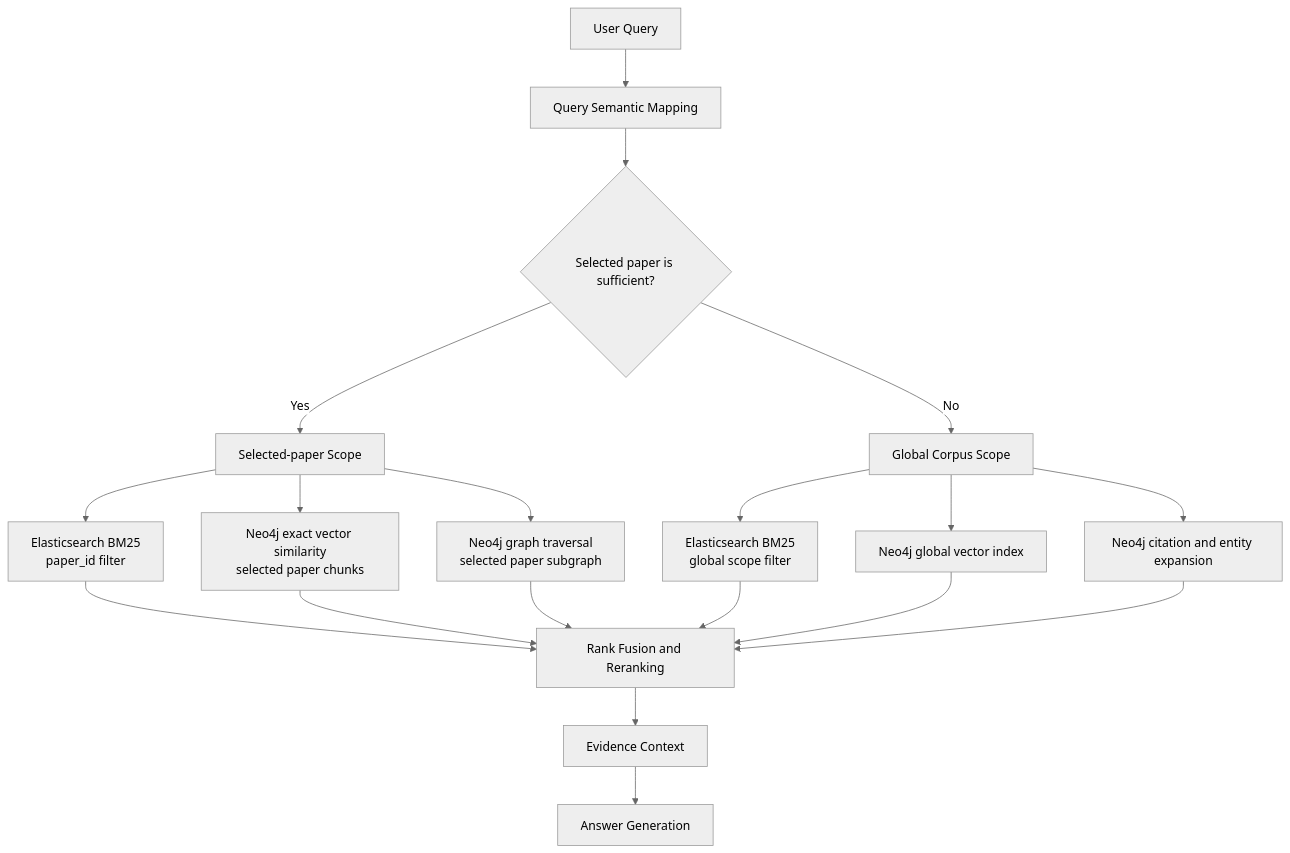
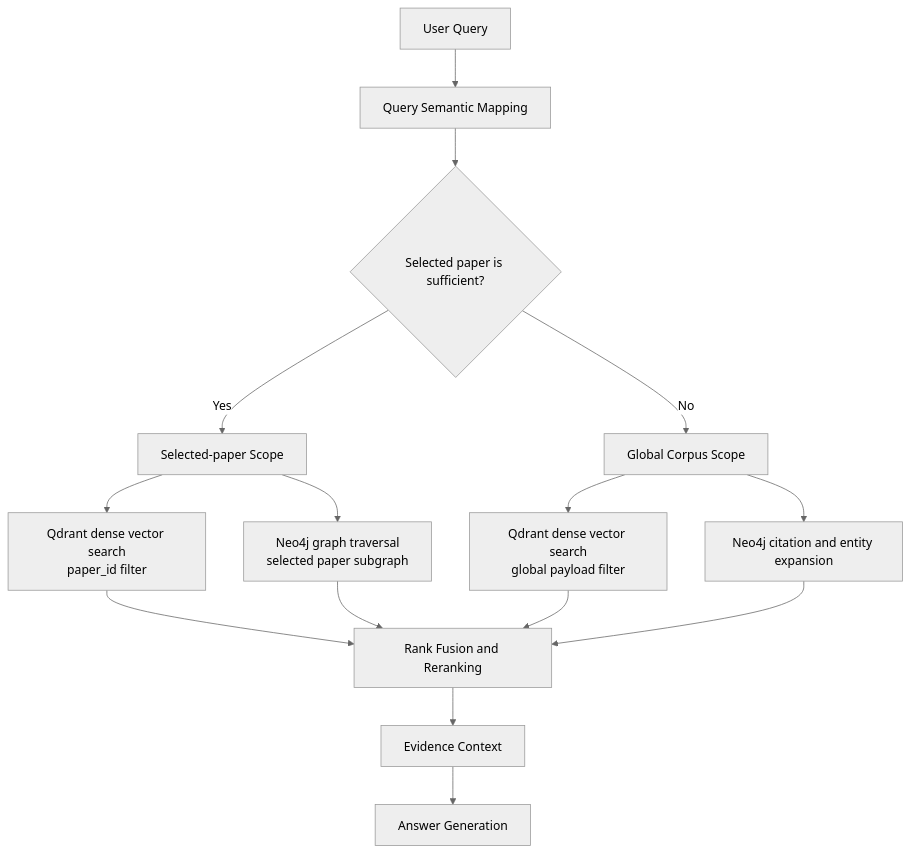
Before and after one commit to linkmind-ai/linkpaper: the fourth of 4 diagrams in docs/data-architecture/data-retrieval-architecture.md, drawn with Mermaid (neutral theme). The commit also changed other lines of this file and 3 other files, not shown here.

````diff
--- a/docs/data-architecture/data-retrieval-architecture.md
+++ b/docs/data-architecture/data-retrieval-architecture.md
@@ -206,26 +215,22 @@
 ```mermaid
 flowchart TD
     Q[User Query] --> MAP[Query Semantic Mapping]
     MAP --> DECIDE{Selected paper is sufficient?}
 
     DECIDE -->|Yes| LOCAL[Selected-paper Scope]
     DECIDE -->|No| GLOBAL[Global Corpus Scope]
 
-    LOCAL --> LES[Elasticsearch BM25<br/>paper_id filter]
-    LOCAL --> LV[Neo4j exact vector similarity<br/>selected paper chunks]
+    LOCAL --> LV[Qdrant dense vector search<br/>paper_id filter]
     LOCAL --> LG[Neo4j graph traversal<br/>selected paper subgraph]
 
-    GLOBAL --> GES[Elasticsearch BM25<br/>global scope filter]
-    GLOBAL --> GV[Neo4j global vector index]
+    GLOBAL --> GV[Qdrant dense vector search<br/>global payload filter]
     GLOBAL --> GG[Neo4j citation and entity expansion]
 
-    LES --> FUSE[Rank Fusion and Reranking]
-    LV --> FUSE
+    LV --> FUSE[Rank Fusion and Reranking]
     LG --> FUSE
-    GES --> FUSE
     GV --> FUSE
     GG --> FUSE
 
     FUSE --> CONTEXT[Evidence Context]
     CONTEXT --> ANSWER[Answer Generation]
 ```
````
